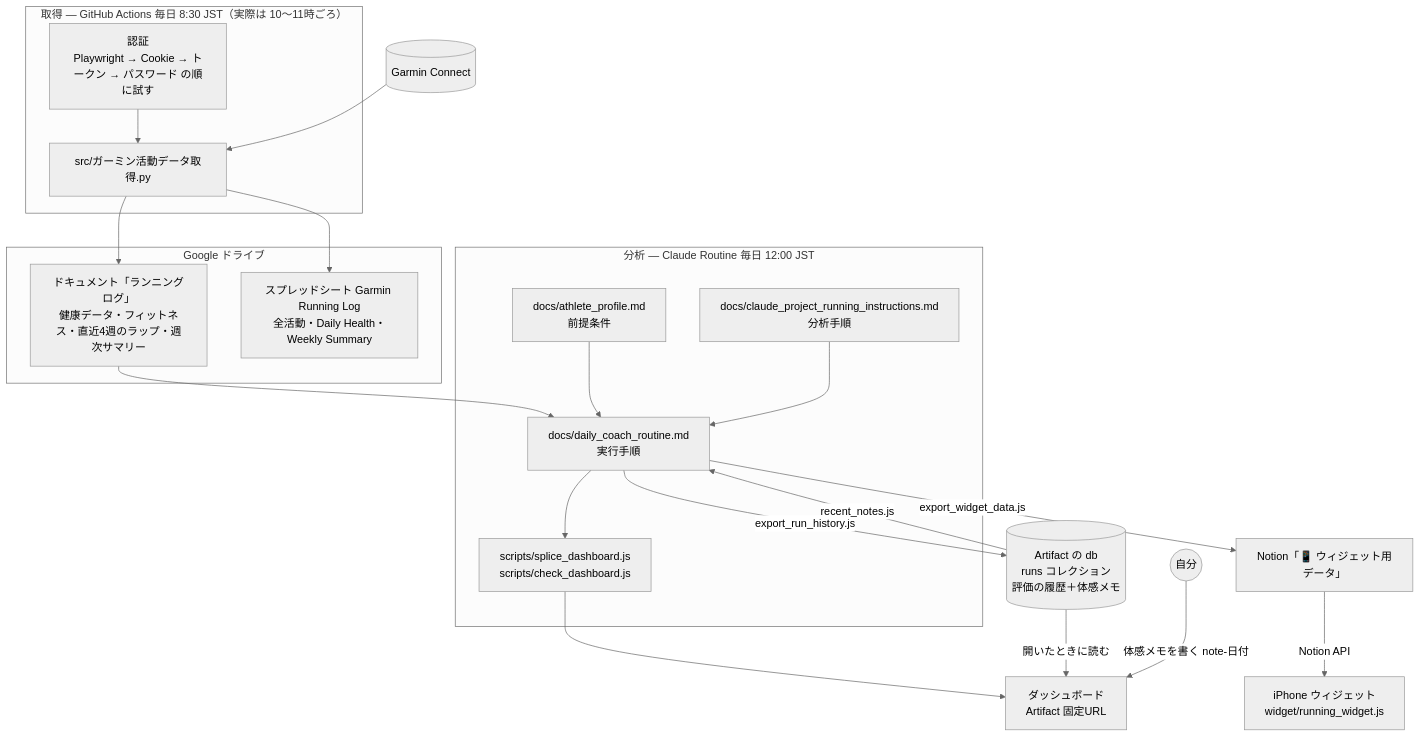
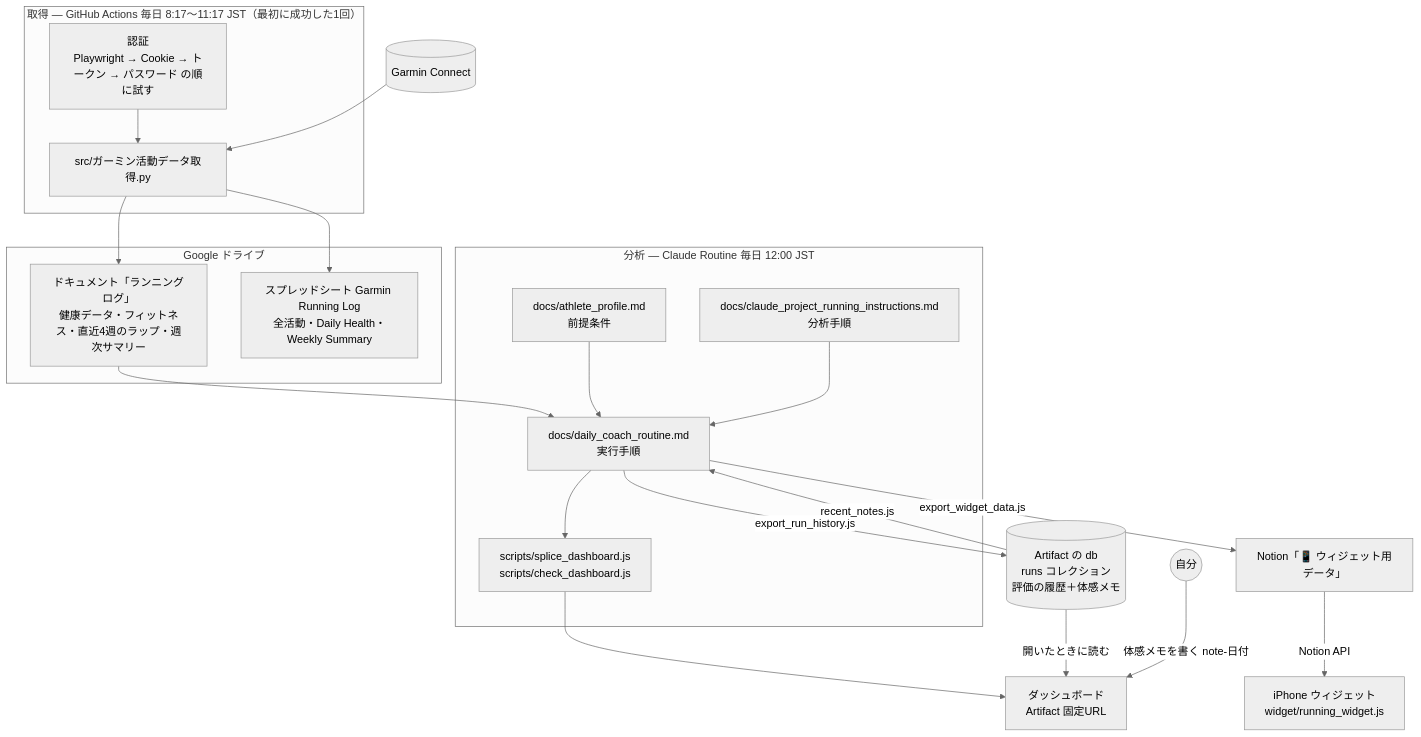
Before and after one commit to tonpe3141-ctrl/garmin-to-notion: the diagram in docs/ARCHITECTURE.md, drawn with Mermaid (neutral theme). The commit also changed other lines of this file and 6 other files, not shown here.

First line of the commit message:
同期: 予約を 8:17〜11:17 JST の4回にし、最初に成功した1回だけ取得する

````diff
--- a/docs/ARCHITECTURE.md
+++ b/docs/ARCHITECTURE.md
@@ -9,42 +9,42 @@
 ```mermaid
 graph TD
-    subgraph "取得 — GitHub Actions 毎日 8:30 JST（実際は 10〜11時ごろ）"
+    subgraph "取得 — GitHub Actions 毎日 8:17〜11:17 JST（最初に成功した1回）"
         Auth[認証<br>Playwright → Cookie → トークン → パスワード の順に試す]
         Sync[src/ガーミン活動データ取得.py]
         Auth --> Sync
     end
 
     Garmin[(Garmin Connect)] --> Sync
 
     subgraph "Google ドライブ"
         Doc["ドキュメント「ランニングログ」<br>健康データ・フィットネス・直近4週のラップ・週次サマリー"]
         Sheet["スプレッドシート Garmin Running Log<br>全活動・Daily Health・Weekly Summary"]
     end
     Sync --> Doc
     Sync --> Sheet
 
     subgraph "分析 — Claude Routine 毎日 12:00 JST"
         Profile[docs/athlete_profile.md<br>前提条件]
         Method[docs/claude_project_running_instructions.md<br>分析手順]
         Steps[docs/daily_coach_routine.md<br>実行手順]
         Splice[scripts/splice_dashboard.js<br>scripts/check_dashboard.js]
     end
     Doc --> Steps
     Profile --> Steps
     Method --> Steps
     Steps --> Splice
 
     Dash[ダッシュボード<br>Artifact 固定URL]
     DB[(Artifact の db<br>runs コレクション<br>評価の履歴＋体感メモ)]
     Me((自分))
     NP[Notion「📱 ウィジェット用データ」]
     W[iPhone ウィジェット<br>widget/running_widget.js]
 
     Splice --> Dash
     Steps -->|export_run_history.js| DB
     Steps -->|export_widget_data.js| NP
     DB -->|開いたときに読む| Dash
     Me -->|体感メモを書く note-日付| Dash
     DB -->|recent_notes.js| Steps
     NP -->|Notion API| W
 ```
````
